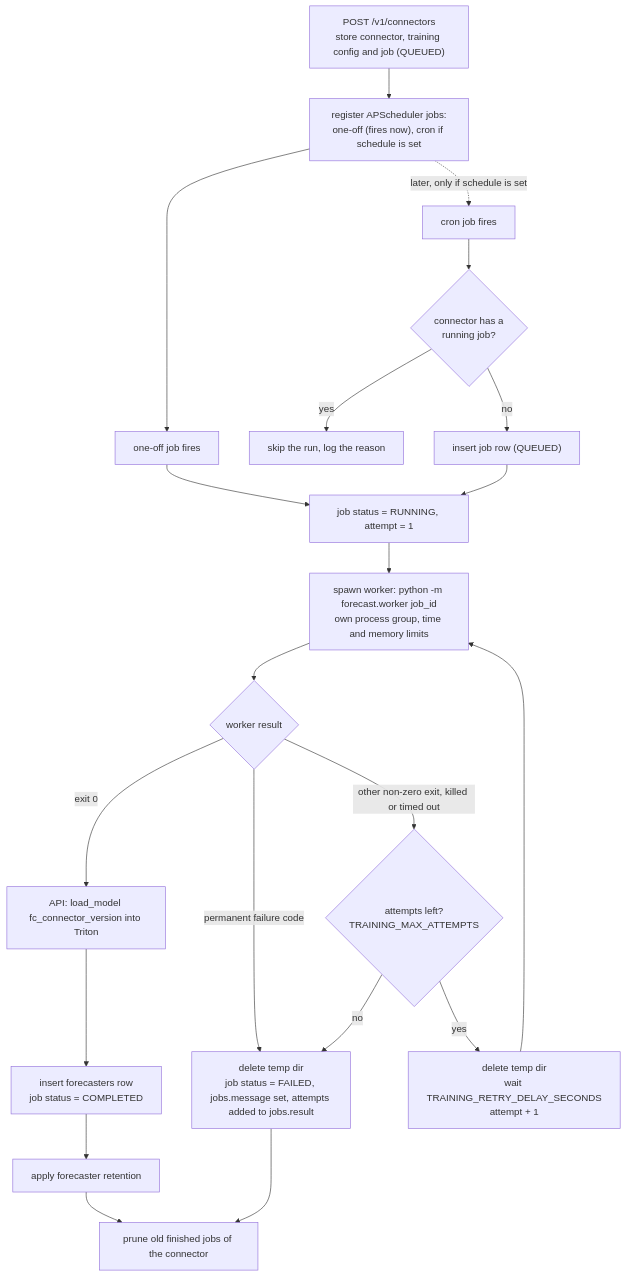
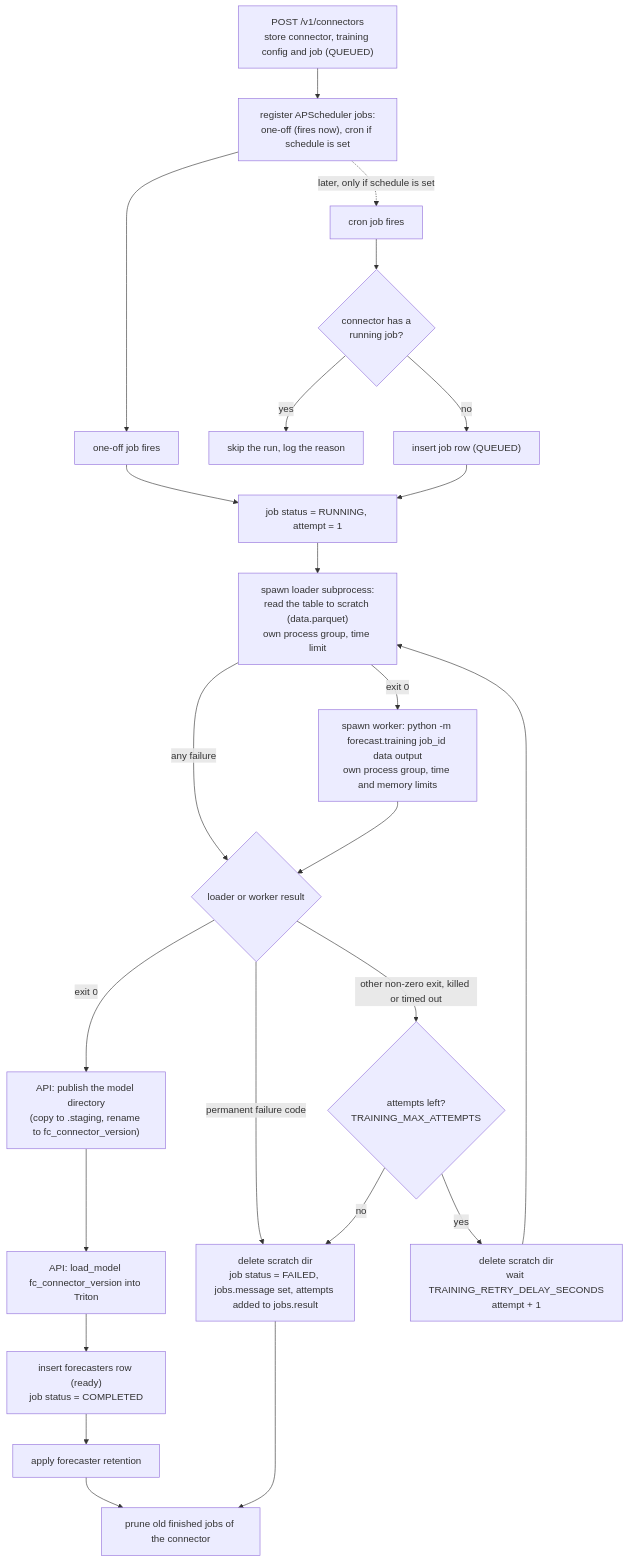
Before and after one commit to IBM/project-ai-services: the first of 4 diagrams in docs/proposals/forecast_service_proposal.md, drawn with Mermaid. The commit also changed other lines of this file and 10 other files, not shown here.

````diff
--- a/docs/proposals/forecast_service_proposal.md
+++ b/docs/proposals/forecast_service_proposal.md
@@ -107,27 +107,30 @@
 ```mermaid
 flowchart TD
     POST["POST /v1/connectors<br/>store connector, training config and job (QUEUED)"] --> REG["register APScheduler jobs:<br/>one-off (fires now), cron if schedule is set"]
     REG --> ONE["one-off job fires"]
     REG -.->|"later, only if schedule is set"| CRON["cron job fires"]
 
     CRON --> ACTIVE{"connector has a<br/>running job?"}
     ACTIVE -- yes --> SKIP["skip the run, log the reason"]
     ACTIVE -- no --> INS["insert job row (QUEUED)"]
 
     ONE --> RUN
     INS --> RUN["job status = RUNNING, attempt = 1"]
-    RUN --> SPAWN["spawn worker: python -m forecast.worker job_id<br/>own process group, time and memory limits"]
-    SPAWN --> EXIT{"worker result"}
+    RUN --> READ["spawn loader subprocess:<br/>read the table to scratch (data.parquet)<br/>own process group, time limit"]
+    READ -- "exit 0" --> SPAWN["spawn worker: python -m forecast.training job_id data output<br/>own process group, time and memory limits"]
+    READ -- "any failure" --> EXIT
+    SPAWN --> EXIT{"loader or worker result"}
 
-    EXIT -- "exit 0" --> LOAD["API: load_model fc_connector_version into Triton"]
-    LOAD --> REC["insert forecasters row<br/>job status = COMPLETED"]
+    EXIT -- "exit 0" --> PUB["API: publish the model directory<br/>(copy to .staging, rename to fc_connector_version)"]
+    PUB --> LOAD["API: load_model fc_connector_version into Triton"]
+    LOAD --> REC["insert forecasters row (ready)<br/>job status = COMPLETED"]
     REC --> RET["apply forecaster retention"]
     RET --> PRUNE
 
     EXIT -- "permanent failure code" --> FAIL
     EXIT -- "other non-zero exit, killed or timed out" --> MORE{"attempts left?<br/>TRAINING_MAX_ATTEMPTS"}
-    MORE -- yes --> WAIT["delete temp dir<br/>wait TRAINING_RETRY_DELAY_SECONDS<br/>attempt + 1"]
-    WAIT --> SPAWN
-    MORE -- no --> FAIL["delete temp dir<br/>job status = FAILED, jobs.message set, attempts added to jobs.result"]
+    MORE -- yes --> WAIT["delete scratch dir<br/>wait TRAINING_RETRY_DELAY_SECONDS<br/>attempt + 1"]
+    WAIT --> READ
+    MORE -- no --> FAIL["delete scratch dir<br/>job status = FAILED, jobs.message set, attempts added to jobs.result"]
     FAIL --> PRUNE["prune old finished jobs of the connector"]
 ```
````
